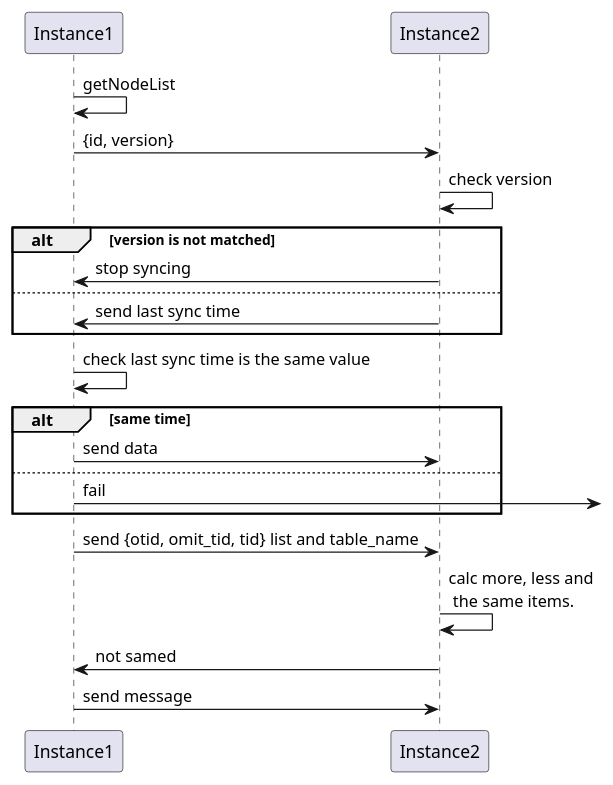
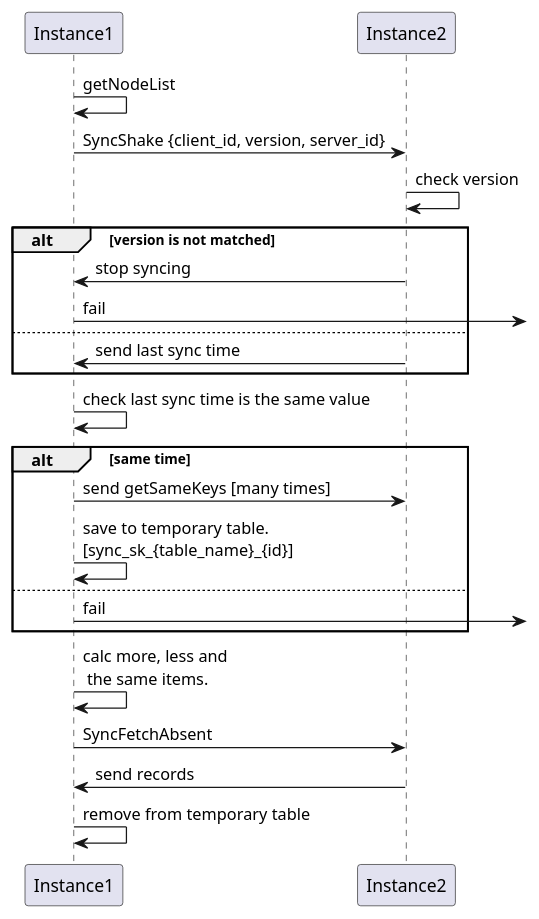
The diagram in docs/2507-10-sync-logic.plantuml (chnots/chnots), drawn with PlantUML before and after one commit. The commit also changed 6 other files, not shown here.

```diff
--- a/docs/2507-10-sync-logic.plantuml
+++ b/docs/2507-10-sync-logic.plantuml
@@ -1,27 +1,31 @@
 @startuml
 participant Instance1 as i1
 participant Instance2 as i2
 
 i1 -> i1: getNodeList
-i1 -> i2: {id, version}
+i1 -> i2: SyncShake {client_id, version, server_id}
 i2 -> i2: check version
 alt version is not matched
     i2 -> i1: stop syncing
+    i1 ->: fail
 else
     i2 -> i1: send last sync time
 end
 
 i1 -> i1: check last sync time is the same value
 alt same time
-    i1 -> i2: send data
+    i1 -> i2: send getSameKeys [many times]
+    i1 -> i1: save to temporary table. \n[sync_sk_{table_name}_{id}]
 else
     i1->: fail
 end
 
-i1 -> i2: send {otid, omit_tid, tid} list and table_name
-i2 -> i2: calc more, less and\n the same items.
+i1 -> i1: calc more, less and\n the same items.
 
-i2 -> i1: not samed
-i1 -> i2: send message
+i1 -> i2: SyncFetchAbsent
+i2 -> i1: send records
+
+i1 -> i1: remove from temporary table
+
 
 @enduml
```
